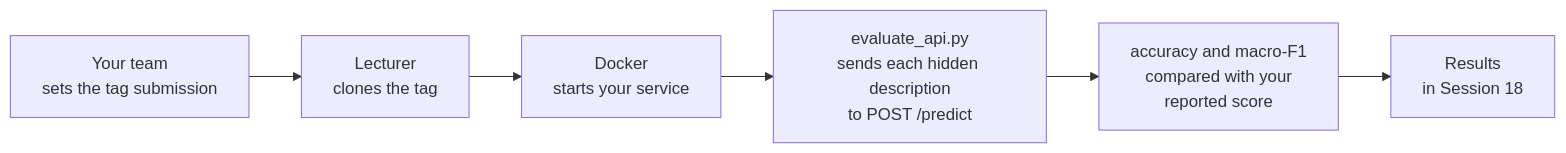
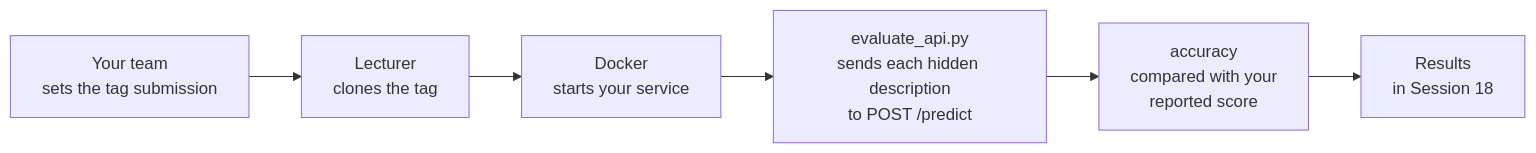
The second of 2 diagrams in sessions/17-18-final-presentations/final-project.md (khoadaniel/statistical-programming-mpmd-htw-ws-2026), drawn with Mermaid before and after one commit. The commit also changed other lines of this file and 130 other files, not shown here.

````diff
--- a/sessions/17-18-final-presentations/final-project.md
+++ b/sessions/17-18-final-presentations/final-project.md
@@ -52,8 +90,8 @@
 ```mermaid
 flowchart LR
   A["Your team<br/>sets the tag submission"] --> B["Lecturer<br/>clones the tag"]
   B --> C["Docker<br/>starts your service"]
   C --> D["evaluate_api.py<br/>sends each hidden description<br/>to POST /predict"]
-  D --> E["accuracy and macro-F1<br/>compared with your<br/>reported score"]
+  D --> E["accuracy<br/>compared with your<br/>reported score"]
   E --> F["Results<br/>in Session 18"]
 ```
````
